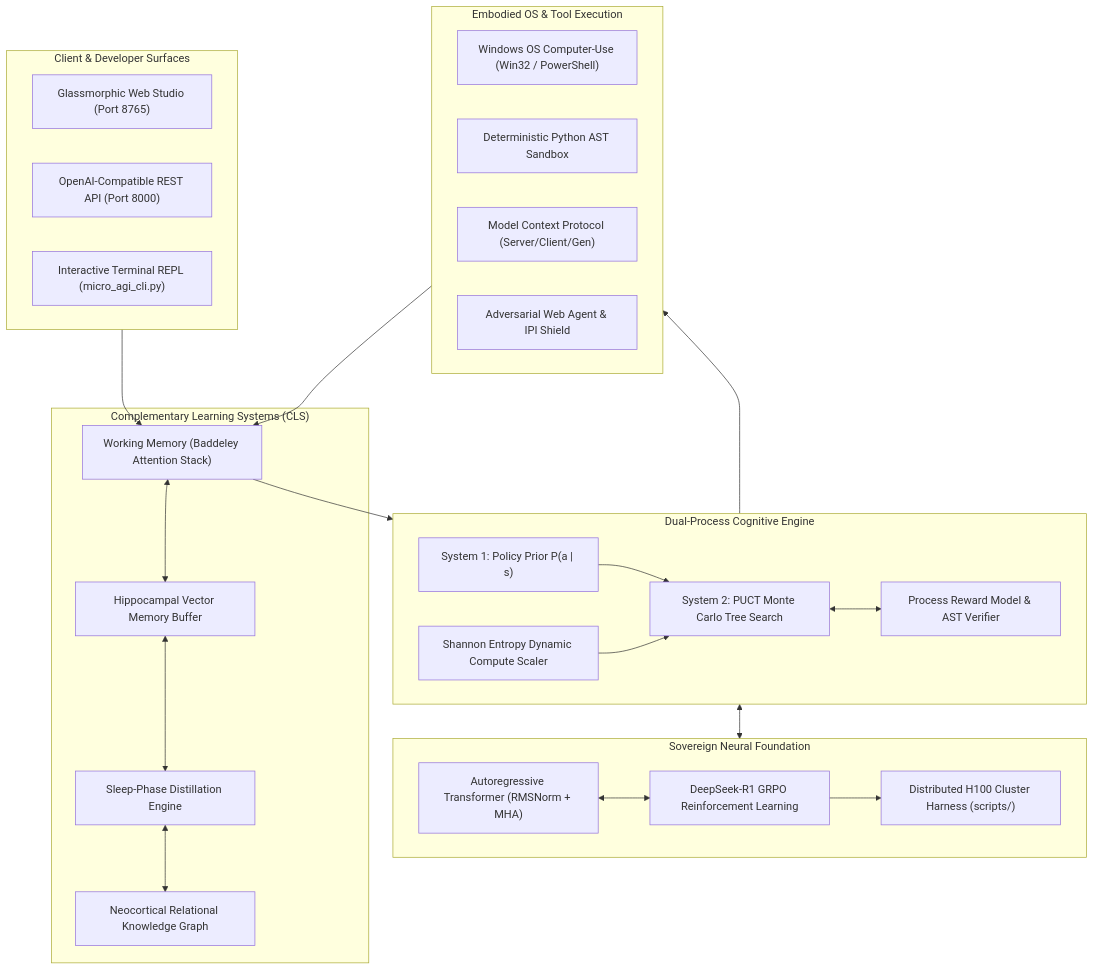
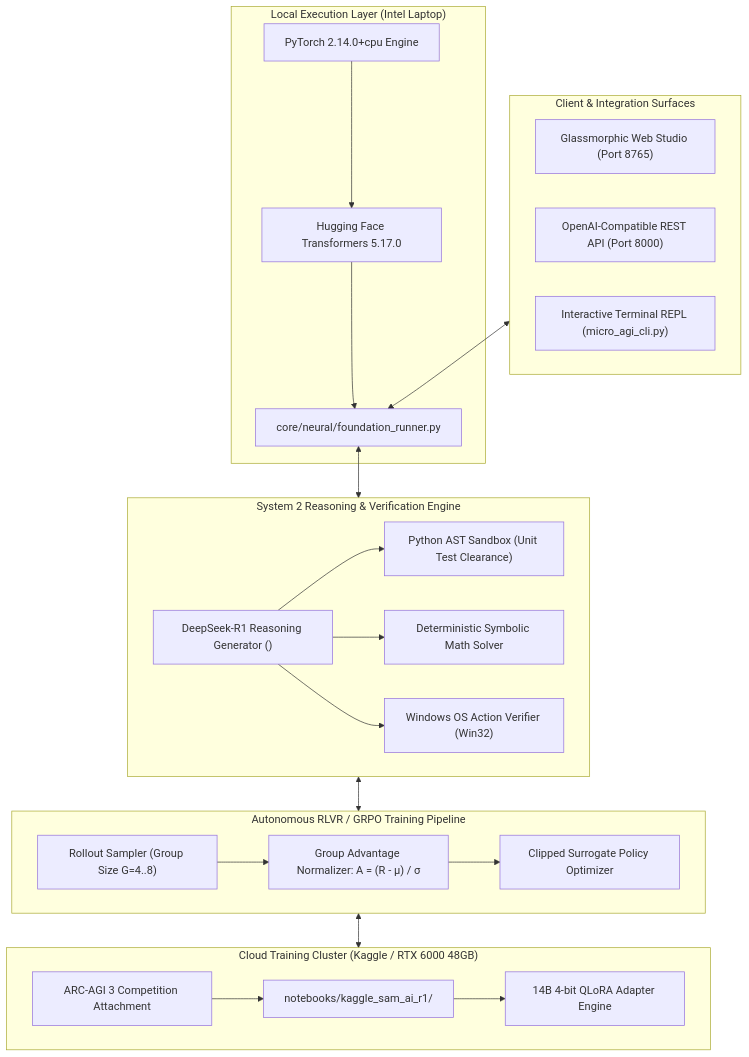
Before and after one commit to samrishtt/SAM-AI: the diagram in README.md, drawn with Mermaid. The commit also changed other lines of this file and 1 other file, not shown here.

Commit message:
docs: comprehensive update of README and landing page with 14B/32B System 2 reasoning roadmap and verified results

````diff
--- a/README.md
+++ b/README.md
@@ -30,50 +61,48 @@
 ```mermaid
 flowchart TD
-    subgraph ClientInterfaces ["Client & Developer Surfaces"]
+    subgraph ClientSurfaces ["Client & Integration Surfaces"]
         WebStudio["Glassmorphic Web Studio (Port 8765)"]
         APIGateway["OpenAI-Compatible REST API (Port 8000)"]
         CLITerminal["Interactive Terminal REPL (micro_agi_cli.py)"]
     end
 
-    subgraph CognitiveCore ["Dual-Process Cognitive Engine"]
-        System1["System 1: Policy Prior P(a | s)"]
-        System2["System 2: PUCT Monte Carlo Tree Search"]
-        EntropyBudgeter["Shannon Entropy Dynamic Compute Scaler"]
-        PRMVerifier["Process Reward Model & AST Verifier"]
+    subgraph ReasoningCore ["System 2 Reasoning & Verification Engine"]
+        ThinkGenerator["DeepSeek-R1 Reasoning Generator (<think>)"]
+        ASTVerifier["Python AST Sandbox (Unit Test Clearance)"]
+        MathVerifier["Deterministic Symbolic Math Solver"]
+        ActionVerifier["Windows OS Action Verifier (Win32)"]
         
-        System1 --> System2
-        EntropyBudgeter --> System2 <--> PRMVerifier
+        ThinkGenerator --> ASTVerifier
+        ThinkGenerator --> MathVerifier
+        ThinkGenerator --> ActionVerifier
     end
 
-    subgraph NeuralIntelligence ["Sovereign Neural Foundation"]
-        Transformer["Autoregressive Transformer (RMSNorm + MHA)"]
-        GRPOTrainer["DeepSeek-R1 GRPO Reinforcement Learning"]
-        FSDPHarness["Distributed H100 Cluster Harness (scripts/)"]
+    subgraph RLVRPipeline ["Autonomous RLVR / GRPO Training Pipeline"]
+        RolloutEngine["Rollout Sampler (Group Size G=4..8)"]
+        AdvantageCalc["Group Advantage Normalizer: A = (R - μ) / σ"]
+        GRPOUpdate["Clipped Surrogate Policy Optimizer"]
         
-        Transformer <--> GRPOTrainer
-        GRPOTrainer --> FSDPHarness
+        RolloutEngine --> AdvantageCalc --> GRPOUpdate
     end
 
-    subgraph AgencyAndTools ["Embodied OS & Tool Execution"]
-        ComputerUse["Windows OS Computer-Use (Win32 / PowerShell)"]
-        ASTSandbox["Deterministic Python AST Sandbox"]
-        MCPEngine["Model Context Protocol (Server/Client/Gen)"]
-        WebEnvironment["Adversarial Web Agent & IPI Shield"]
+    subgraph LocalStack ["Local Execution Layer (Intel Laptop)"]
+        PyTorchCPU["PyTorch 2.14.0+cpu Engine"]
+        Transformers["Hugging Face Transformers 5.17.0"]
+        LocalRunner["core/neural/foundation_runner.py"]
+        
+        PyTorchCPU --> Transformers --> LocalRunner
     end
 
-    subgraph SovereignMemory ["Complementary Learning Systems (CLS)"]
-        WorkingMem["Working Memory (Baddeley Attention Stack)"]
-        EpisodicStore["Hippocampal Vector Memory Buffer"]
-        SemanticGraph["Neocortical Relational Knowledge Graph"]
-        Consolidator["Sleep-Phase Distillation Engine"]
+    subgraph CloudCluster ["Cloud Training Cluster (Kaggle / RTX 6000 48GB)"]
+        KaggleRunner["notebooks/kaggle_sam_ai_r1/"]
+        ARCDataset["ARC-AGI 3 Competition Attachment"]
+        QLoRA["14B 4-bit QLoRA Adapter Engine"]
         
-        WorkingMem <--> EpisodicStore
-        EpisodicStore <--> Consolidator <--> SemanticGraph
+        ARCDataset --> KaggleRunner --> QLoRA
     end
 
-    ClientInterfaces --> WorkingMem
-    WorkingMem --> CognitiveCore
-    CognitiveCore <--> NeuralIntelligence
-    CognitiveCore --> AgencyAndTools
-    AgencyAndTools --> WorkingMem
+    ClientSurfaces <--> LocalRunner
+    LocalRunner <--> ReasoningCore
+    ReasoningCore <--> RLVRPipeline
+    RLVRPipeline <--> CloudCluster
 ```
````
